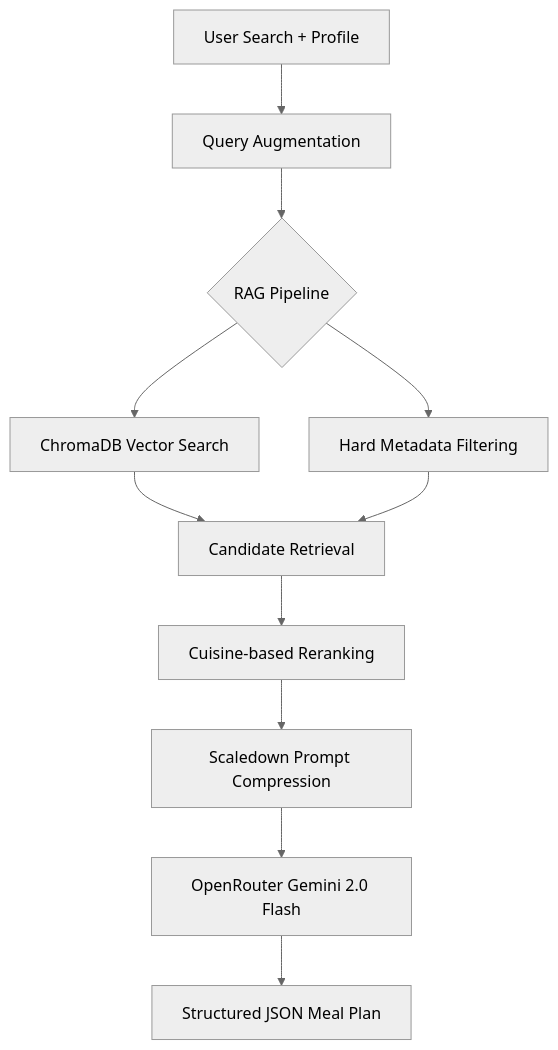
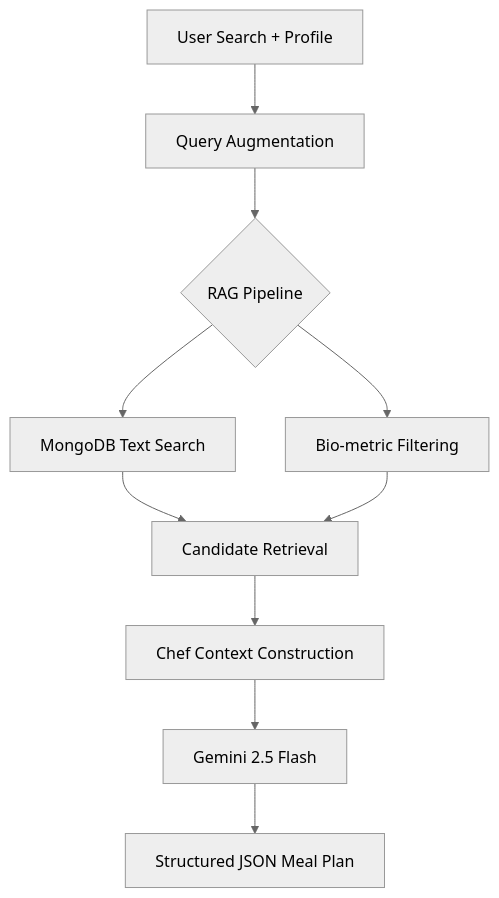
The diagram in README.md (Hashim-Bhagad/FitFork), drawn with Mermaid (neutral theme) before and after one commit. The commit also changed other lines of this file and 20 other files, not shown here.

Commit message:
docs: upgrade architecture and README to Gemini 2.5 and MongoDB RAG

````diff
--- a/README.md
+++ b/README.md
@@ -50,13 +50,12 @@
 ```mermaid
 graph TD
     A[User Search + Profile] --> B[Query Augmentation]
     B --> C{RAG Pipeline}
-    C --> D[ChromaDB Vector Search]
-    C --> E[Hard Metadata Filtering]
+    C --> D[MongoDB Text Search]
+    C --> E[Bio-metric Filtering]
     D --> F[Candidate Retrieval]
     E --> F
-    F --> G[Cuisine-based Reranking]
-    G --> H[Scaledown Prompt Compression]
-    H --> I[OpenRouter Gemini 2.0 Flash]
-    I --> J[Structured JSON Meal Plan]
+    F --> G[Chef Context Construction]
+    G --> H[Gemini 2.5 Flash]
+    H --> I[Structured JSON Meal Plan]
 ```
````
